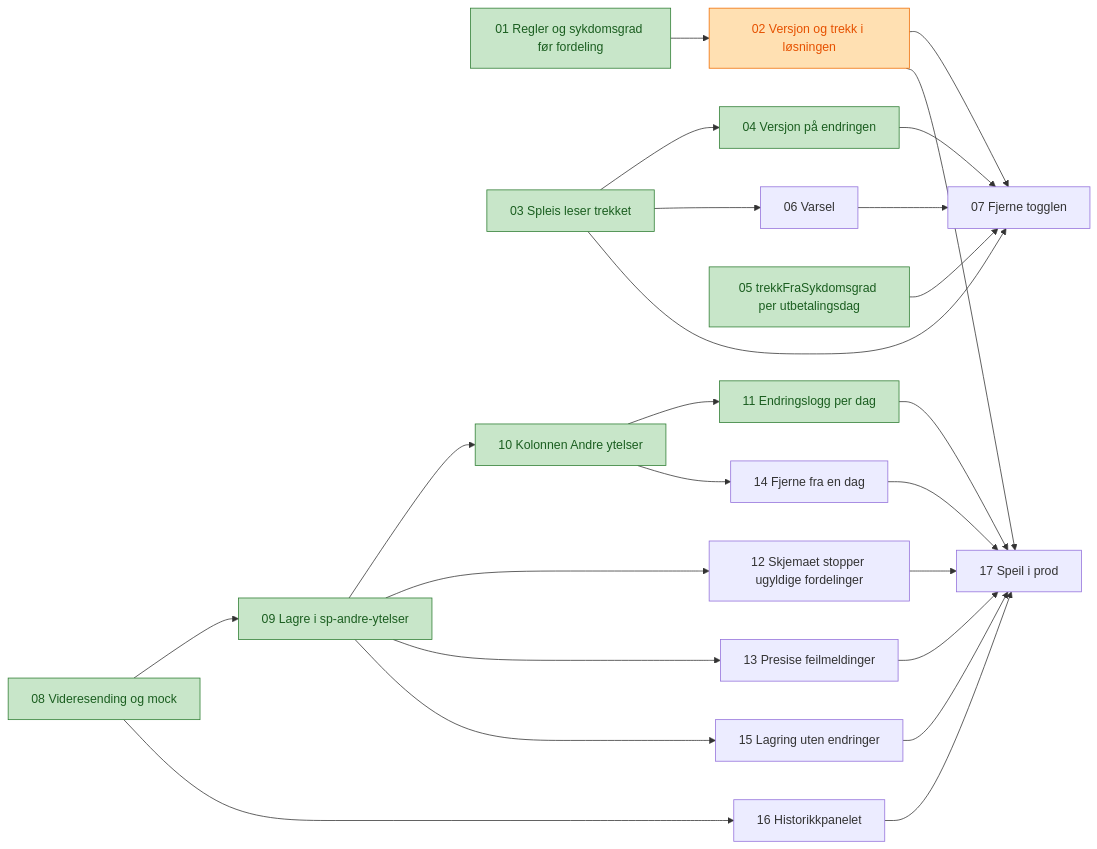
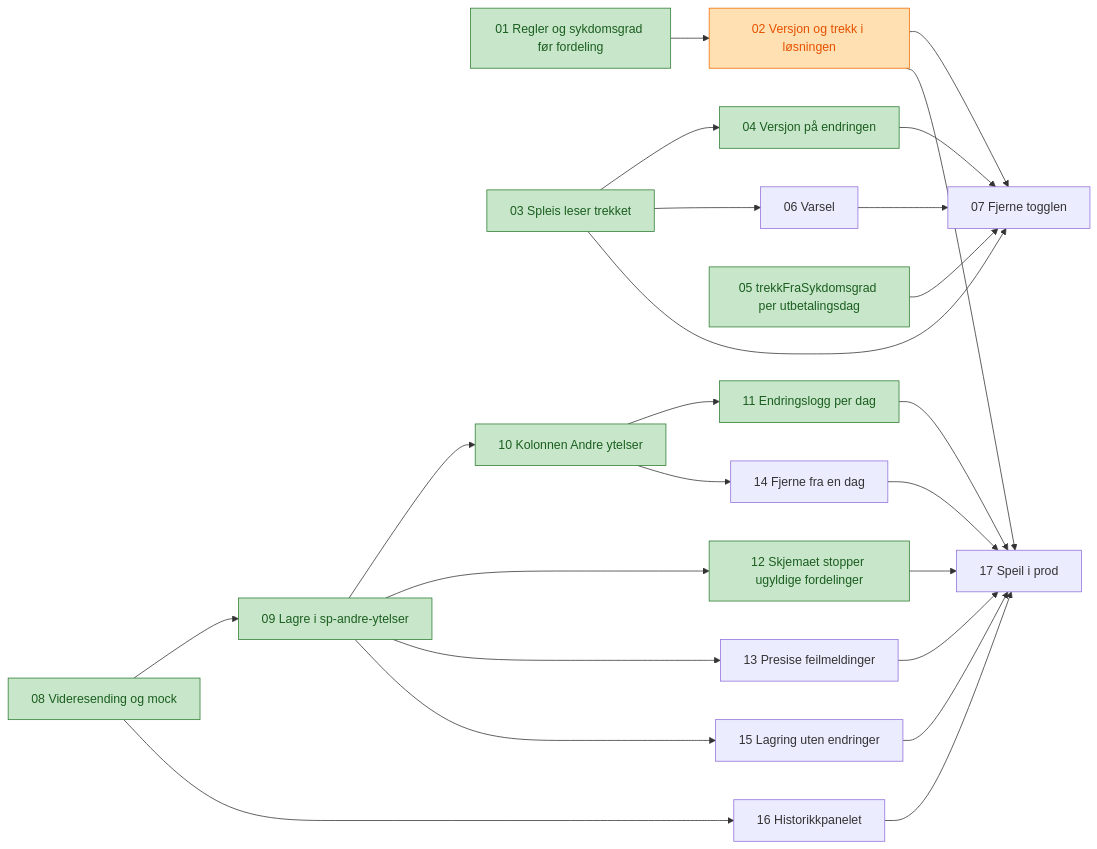
One commit to navikt/helse-sas-meta changed the diagram in docs/tickets/graderte-andre-ytelser/index.md. Above: the diagram before and after it, drawn with Mermaid. The commit also changed other lines of this file and 1 other file, not shown here.

Commit message:
📝Oppdaterer #12 for graderte andre ytelser

````diff
--- a/docs/tickets/graderte-andre-ytelser/index.md
+++ b/docs/tickets/graderte-andre-ytelser/index.md
@@ -25,31 +25,31 @@
 ```mermaid
 flowchart LR
     T01[01 Regler og sykdomsgrad før fordeling] --> T02[02 Versjon og trekk i løsningen]
     T03[03 Spleis leser trekket] --> T04[04 Versjon på endringen]
     T03 --> T06[06 Varsel]
     T02 --> T07[07 Fjerne togglen]
     T03 --> T07
     T04 --> T07
     T05[05 trekkFraSykdomsgrad per utbetalingsdag] --> T07
     T06 --> T07
     T08[08 Videresending og mock] --> T09[09 Lagre i sp-andre-ytelser]
     T09 --> T10[10 Kolonnen Andre ytelser]
     T10 --> T11[11 Endringslogg per dag]
     T09 --> T12[12 Skjemaet stopper ugyldige fordelinger]
     T09 --> T13[13 Presise feilmeldinger]
     T10 --> T14[14 Fjerne fra en dag]
     T09 --> T15[15 Lagring uten endringer]
     T08 --> T16[16 Historikkpanelet]
     T02 --> T17[17 Speil i prod]
     T11 --> T17
     T12 --> T17
     T13 --> T17
     T14 --> T17
     T15 --> T17
     T16 --> T17
 
     classDef ferdig fill:#c8e6c9,stroke:#2e7d32,color:#1b5e20
     classDef pagar fill:#ffe0b2,stroke:#ef6c00,color:#e65100
-    class T01,T03,T04,T05,T08,T09,T10,T11 ferdig
+    class T01,T03,T04,T05,T08,T09,T10,T11,T12 ferdig
     class T02 pagar
 ```
````
